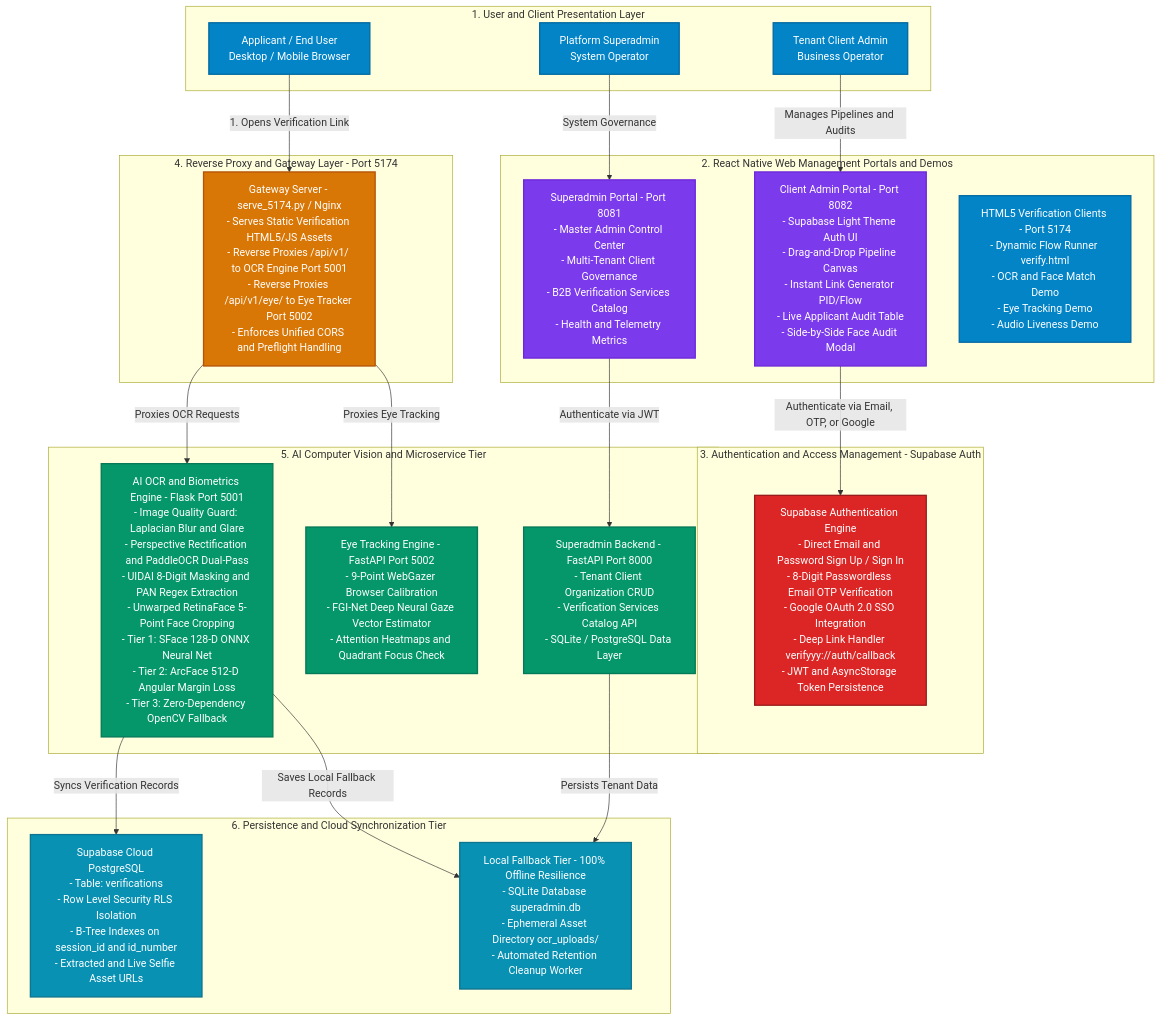
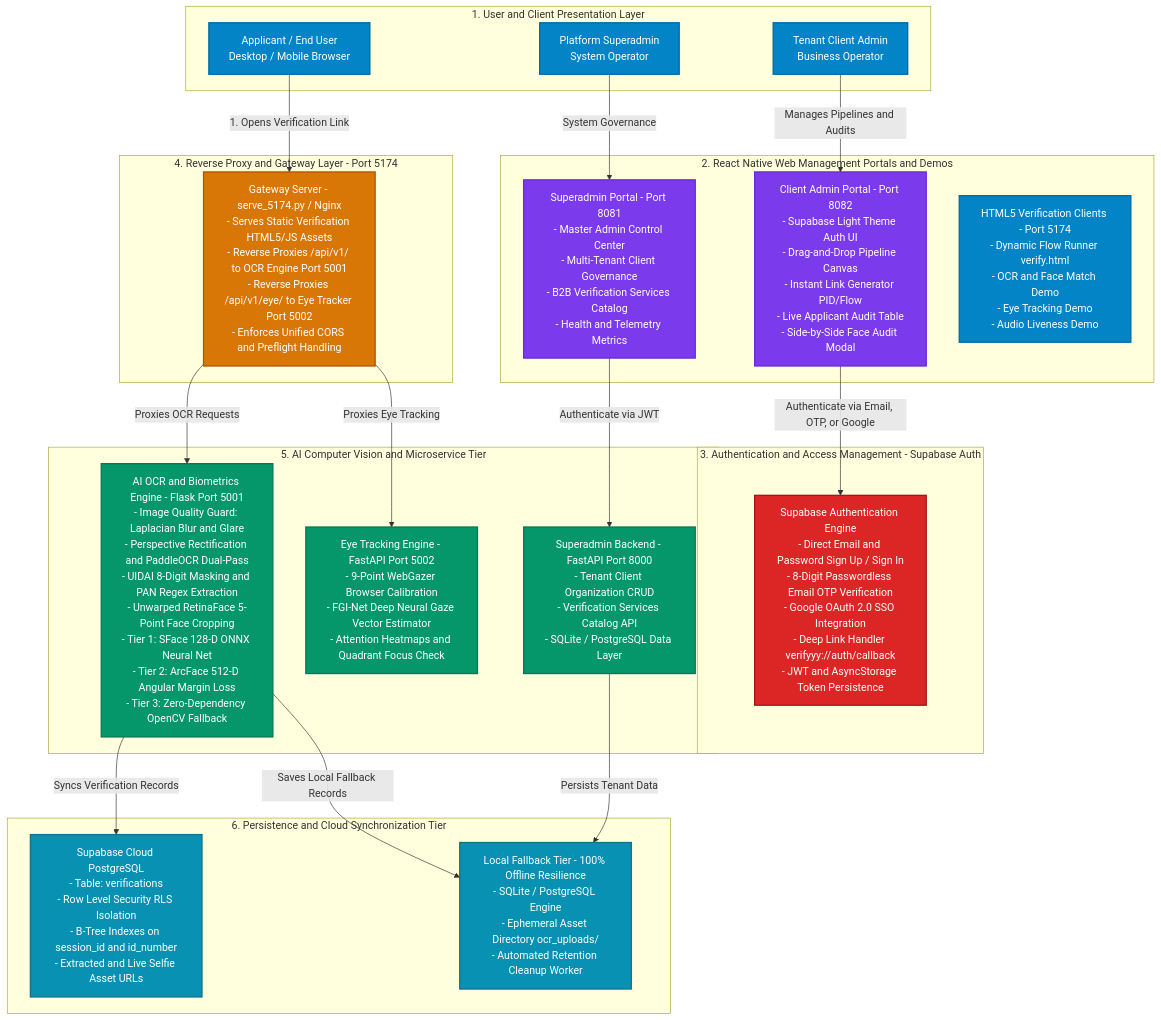
Before and after one commit to Saravanan2005real/identity-verify-mvp: the second of 7 diagrams in README.md, drawn with Mermaid. The commit also changed other lines of this file and 1 other file, not shown here.

Commit message:
docs: update comprehensive README and test documentation with flow runner tokens and tunnel routing

````diff
--- a/README.md
+++ b/README.md
@@ -195,56 +199,56 @@
 ```mermaid
 graph TB
     classDef client fill:#0284c7,stroke:#0369a1,stroke-width:2px,color:#ffffff
     classDef auth fill:#dc2626,stroke:#991b1b,stroke-width:2px,color:#ffffff
     classDef gateway fill:#d97706,stroke:#b45309,stroke-width:2px,color:#ffffff
     classDef ai fill:#059669,stroke:#047857,stroke-width:2px,color:#ffffff
     classDef app fill:#7c3aed,stroke:#6d28d9,stroke-width:2px,color:#ffffff
     classDef data fill:#0891b2,stroke:#0e7490,stroke-width:2px,color:#ffffff
 
     subgraph UserTier ["1. User and Client Presentation Layer"]
         Applicant["Applicant / End User<br/>Desktop / Mobile Browser"]:::client
         TenantAdmin["Tenant Client Admin<br/>Business Operator"]:::client
         SuperAdmin["Platform Superadmin<br/>System Operator"]:::client
     end
 
     subgraph Frontends ["2. React Native Web Management Portals and Demos"]
         AdminFE["Client Admin Portal - Port 8082<br/>- Supabase Light Theme Auth UI<br/>- Drag-and-Drop Pipeline Canvas<br/>- Instant Link Generator PID/Flow<br/>- Live Applicant Audit Table<br/>- Side-by-Side Face Audit Modal"]:::app
         SuperAdminFE["Superadmin Portal - Port 8081<br/>- Master Admin Control Center<br/>- Multi-Tenant Client Governance<br/>- B2B Verification Services Catalog<br/>- Health and Telemetry Metrics"]:::app
         VerificationDemos["HTML5 Verification Clients - Port 5174<br/>- Dynamic Flow Runner verify.html<br/>- OCR and Face Match Demo<br/>- Eye Tracking Demo<br/>- Audio Liveness Demo"]:::client
     end
 
     subgraph IdentityLayer ["3. Authentication and Access Management - Supabase Auth"]
         AuthService["Supabase Authentication Engine<br/>- Direct Email and Password Sign Up / Sign In<br/>- 8-Digit Passwordless Email OTP Verification<br/>- Google OAuth 2.0 SSO Integration<br/>- Deep Link Handler verifyyy://auth/callback<br/>- JWT and AsyncStorage Token Persistence"]:::auth
     end
 
     subgraph GatewayLayer ["4. Reverse Proxy and Gateway Layer - Port 5174"]
         Gateway["Gateway Server - serve_5174.py / Nginx<br/>- Serves Static Verification HTML5/JS Assets<br/>- Reverse Proxies /api/v1/ to OCR Engine Port 5001<br/>- Reverse Proxies /api/v1/eye/ to Eye Tracker Port 5002<br/>- Enforces Unified CORS and Preflight Handling"]:::gateway
     end
 
     subgraph AIMicroservices ["5. AI Computer Vision and Microservice Tier"]
         OCRService["AI OCR and Biometrics Engine - Flask Port 5001<br/>- Image Quality Guard: Laplacian Blur and Glare<br/>- Perspective Rectification and PaddleOCR Dual-Pass<br/>- UIDAI 8-Digit Masking and PAN Regex Extraction<br/>- Unwarped RetinaFace 5-Point Face Cropping<br/>- Tier 1: SFace 128-D ONNX Neural Net<br/>- Tier 2: ArcFace 512-D Angular Margin Loss<br/>- Tier 3: Zero-Dependency OpenCV Fallback"]:::ai
         EyeService["Eye Tracking Engine - FastAPI Port 5002<br/>- 9-Point WebGazer Browser Calibration<br/>- FGI-Net Deep Neural Gaze Vector Estimator<br/>- Attention Heatmaps and Quadrant Focus Check"]:::ai
         SuperAdminBE["Superadmin Backend - FastAPI Port 8000<br/>- Tenant Client Organization CRUD<br/>- Verification Services Catalog API<br/>- SQLite / PostgreSQL Data Layer"]:::ai
     end
 
     subgraph StorageTier ["6. Persistence and Cloud Synchronization Tier"]
         SupabaseCloud["Supabase Cloud PostgreSQL<br/>- Table: verifications<br/>- Row Level Security RLS Isolation<br/>- B-Tree Indexes on session_id and id_number<br/>- Extracted and Live Selfie Asset URLs"]:::data
-        LocalDB["Local Fallback Tier - 100% Offline Resilience<br/>- SQLite Database superadmin.db<br/>- Ephemeral Asset Directory ocr_uploads/<br/>- Automated Retention Cleanup Worker"]:::data
+        LocalDB["Local Fallback Tier - 100% Offline Resilience<br/>- SQLite / PostgreSQL Engine<br/>- Ephemeral Asset Directory ocr_uploads/<br/>- Automated Retention Cleanup Worker"]:::data
     end
 
     %% User Interactions
     Applicant -->|"1. Opens Verification Link"| Gateway
     TenantAdmin -->|"Manages Pipelines and Audits"| AdminFE
     SuperAdmin -->|"System Governance"| SuperAdminFE
 
     %% Auth Interactions
     AdminFE -->|"Authenticate via Email, OTP, or Google"| AuthService
     SuperAdminFE -->|"Authenticate via JWT"| SuperAdminBE
 
     %% Flow Execution
     Gateway -->|"Proxies OCR Requests"| OCRService
     Gateway -->|"Proxies Eye Tracking"| EyeService
     OCRService -->|"Syncs Verification Records"| SupabaseCloud
     OCRService -->|"Saves Local Fallback Records"| LocalDB
     SuperAdminBE -->|"Persists Tenant Data"| LocalDB
 ```
````
